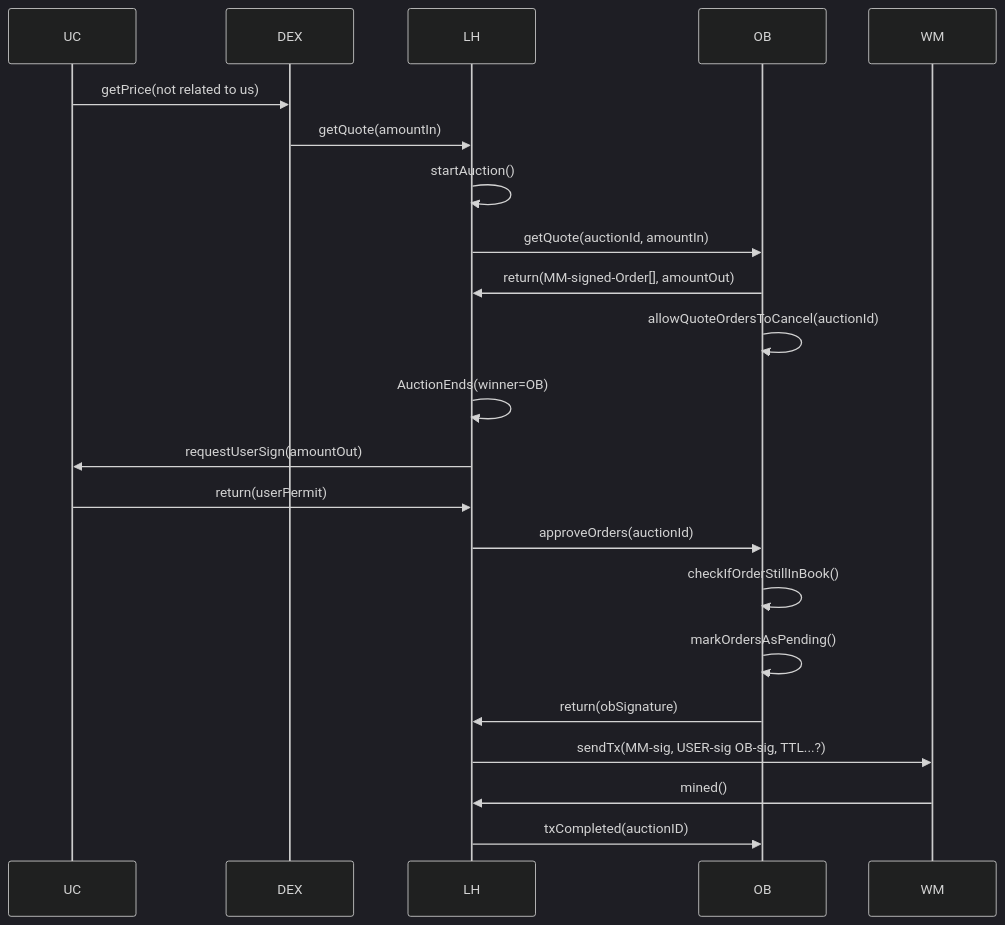
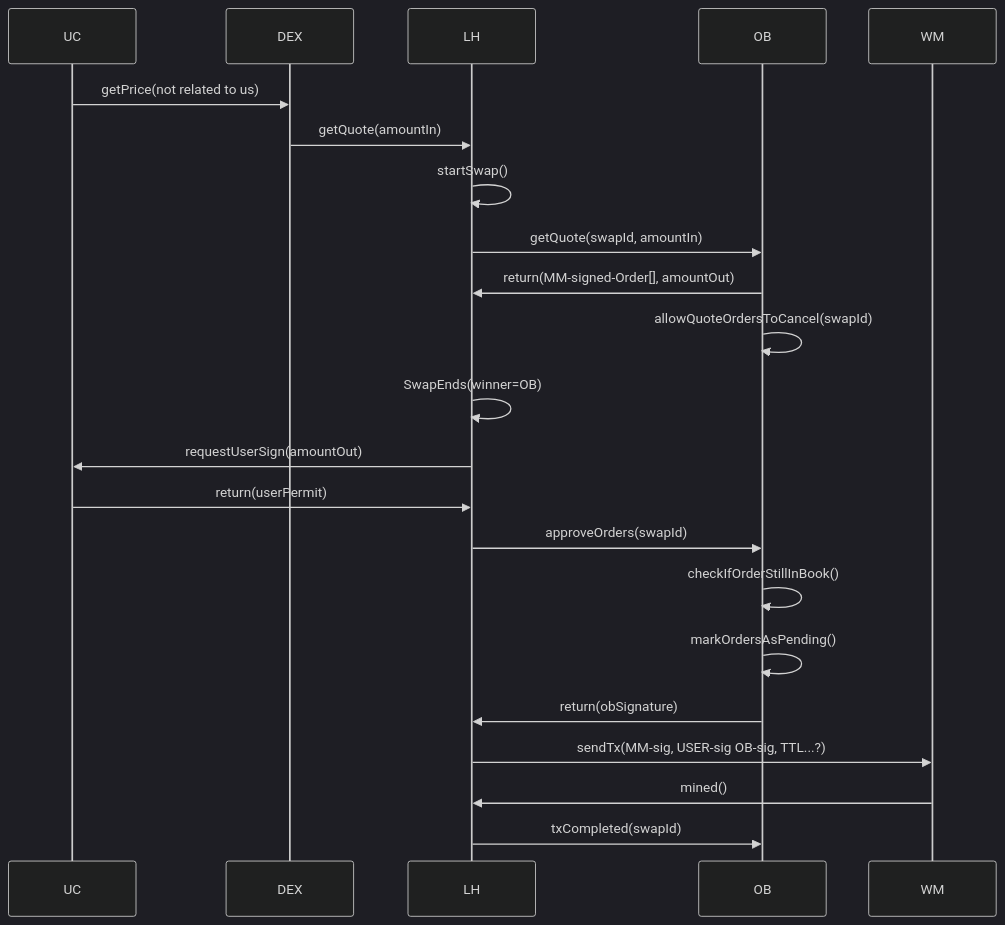
One commit to orbs-network/order-book changed the diagram in pending-sequence.md. Above: the diagram before and after it, drawn with Mermaid (dark theme). The commit also changed 26 other files, not shown here.

Commit message:
rename auction to swap except js

````diff
--- a/pending-sequence.md
+++ b/pending-sequence.md
@@ -3,19 +3,19 @@
 ```mermaid
 sequenceDiagram
 UC ->> DEX: getPrice(not related to us)
 DEX ->> LH: getQuote(amountIn)
-LH ->> LH: startAuction()
-LH ->> OB: getQuote(auctionId, amountIn)
+LH ->> LH: startSwap()
+LH ->> OB: getQuote(swapId, amountIn)
 OB ->> LH: return(MM-signed-Order[], amountOut)
-OB ->> OB: allowQuoteOrdersToCancel(auctionId)
-LH ->> LH: AuctionEnds(winner=OB)
+OB ->> OB: allowQuoteOrdersToCancel(swapId)
+LH ->> LH: SwapEnds(winner=OB)
 LH ->> UC: requestUserSign(amountOut)
 UC ->> LH: return(userPermit)
-LH ->> OB: approveOrders(auctionId)
+LH ->> OB: approveOrders(swapId)
 OB ->> OB: checkIfOrderStillInBook()
 OB ->> OB: markOrdersAsPending()
 OB ->> LH: return(obSignature)
 LH ->> WM: sendTx(MM-sig, USER-sig OB-sig, TTL...?)
 WM ->> LH: mined()
-LH ->> OB: txCompleted(auctionID)
+LH ->> OB: txCompleted(swapId)
 ```
````
